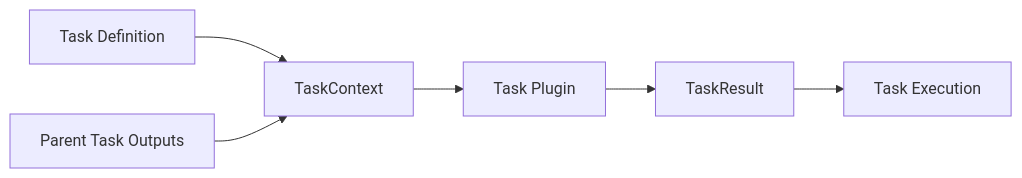
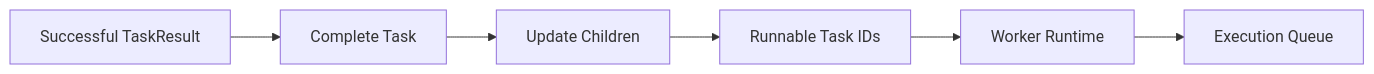
One commit to Devin8407/Automation-Platform changed the fourth of 6 diagrams in docs/architecture/application.md. Above: the diagram before and after it, drawn with Mermaid. The commit also changed other lines of this file and 8 other files, not shown here.

First line of the commit message:
Update architecture documentation and add application integration tests

````diff
--- a/docs/architecture/application.md
+++ b/docs/architecture/application.md
@@ -264,24 +335,16 @@
 ```mermaid
 flowchart LR
 
-Definition["Task Definition"]
+    Plugin["Successful TaskResult"]
+    Complete["Complete Task"]
+    Children["Update Children"]
+    Runnable["Runnable Task IDs"]
+    Runtime["Worker Runtime"]
+    Queue["Execution Queue"]
 
-Parents["Parent Task Outputs"]
-
-Context["TaskContext"]
-
-Plugin["Task Plugin"]
-
-Result["TaskResult"]
-
-Execution["Task Execution"]
-
-Definition --> Context
-Parents --> Context
-
-Context --> Plugin
-
-Plugin --> Result
-
-Result --> Execution
+    Plugin --> Complete
+    Complete --> Children
+    Children --> Runnable
+    Runnable --> Runtime
+    Runtime --> Queue
 ```
````
